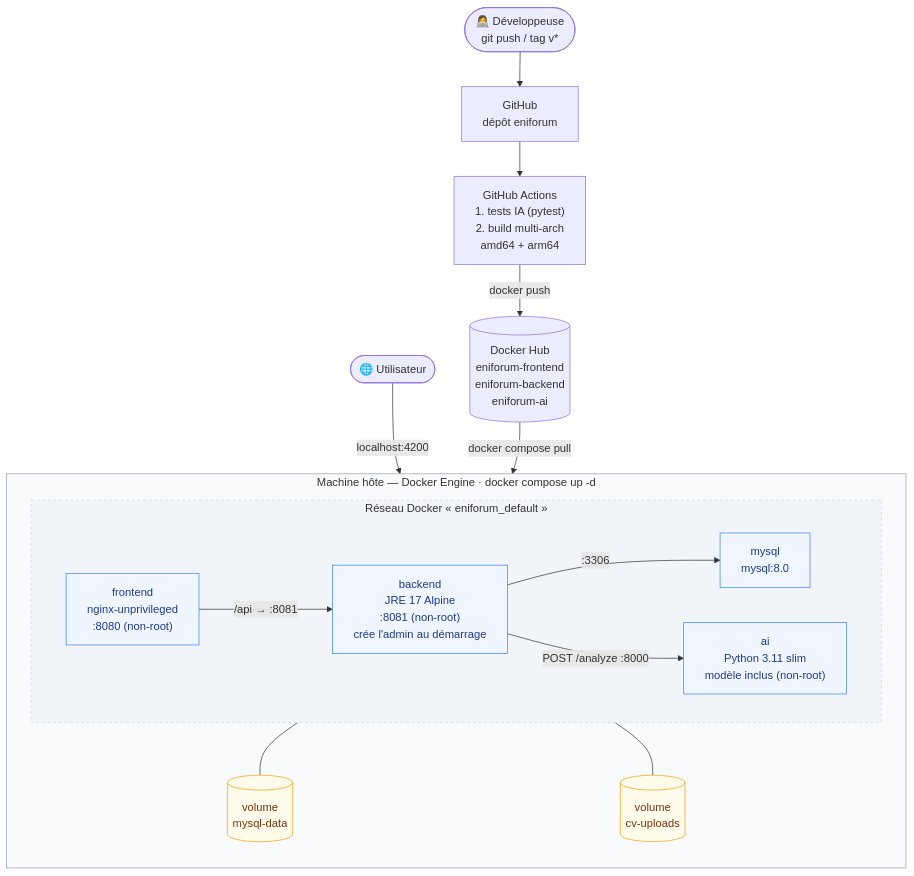
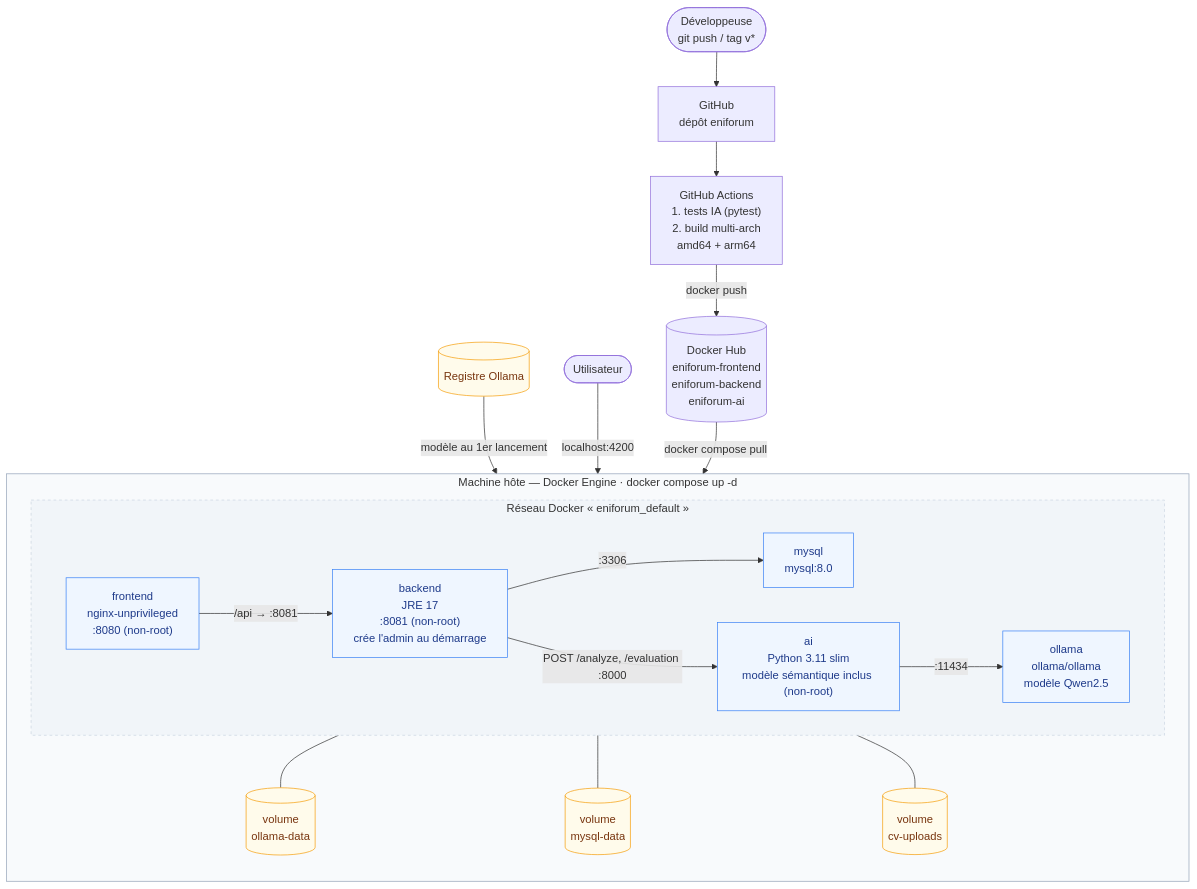
The diagram in docs/diagrammes/sources/deploiement.mmd (fatmaBouajla/eniforum), drawn with Mermaid before and after one commit. The commit also changed 10 other files, not shown here.

```diff
--- a/docs/diagrammes/sources/deploiement.mmd
+++ b/docs/diagrammes/sources/deploiement.mmd
@@ -1,28 +1,32 @@
 flowchart TB
-    DEV(["👩‍💻 Développeuse<br/>git push / tag v*"]) --> GH["GitHub<br/>dépôt eniforum"]
+    DEV(["Développeuse<br/>git push / tag v*"]) --> GH["GitHub<br/>dépôt eniforum"]
     GH --> CI["GitHub Actions<br/>1. tests IA (pytest)<br/>2. build multi-arch<br/>amd64 + arm64"]
     CI -->|docker push| HUB[("Docker Hub<br/>eniforum-frontend<br/>eniforum-backend<br/>eniforum-ai")]
 
     subgraph HOST["Machine hôte — Docker Engine · docker compose up -d"]
         direction TB
         subgraph NET["Réseau Docker « eniforum_default »"]
             direction LR
-            FE["frontend<br/>nginx-unprivileged<br/>:8080 (non-root)"] -->|"/api → :8081"| BE["backend<br/>JRE 17 Alpine<br/>:8081 (non-root)<br/>crée l'admin au démarrage"]
+            FE["frontend<br/>nginx-unprivileged<br/>:8080 (non-root)"] -->|"/api → :8081"| BE["backend<br/>JRE 17<br/>:8081 (non-root)<br/>crée l'admin au démarrage"]
             BE -->|":3306"| DB["mysql<br/>mysql:8.0"]
-            BE -->|"POST /analyze :8000"| AI["ai<br/>Python 3.11 slim<br/>modèle inclus (non-root)"]
+            BE -->|"POST /analyze, /evaluation :8000"| AI["ai<br/>Python 3.11 slim<br/>modèle sémantique inclus (non-root)"]
+            AI -->|":11434"| OL["ollama<br/>ollama/ollama<br/>modèle Qwen2.5"]
         end
+        V3[("volume<br/>ollama-data")]
+        OL --- V3
         V1[("volume<br/>mysql-data")]
         V2[("volume<br/>cv-uploads")]
         DB --- V1
         BE --- V2
     end
 
     HUB -->|docker compose pull| HOST
-    USER(["🌐 Utilisateur"]) -->|"localhost:4200"| FE
+    OLR[("Registre Ollama")] -->|"modèle au 1er lancement"| OL
+    USER(["Utilisateur"]) -->|"localhost:4200"| FE
 
     classDef c fill:#EFF6FF,stroke:#3B82F6,color:#1E3A8A
     classDef v fill:#FFFBEB,stroke:#F59E0B,color:#78350F
-    class FE,BE,DB,AI c
-    class V1,V2 v
+    class FE,BE,DB,AI,OL c
+    class V1,V2,V3,OLR v
     style HOST fill:#F8FAFC,stroke:#94A3B8
     style NET fill:#F1F5F9,stroke:#CBD5E1,stroke-dasharray:4
```
